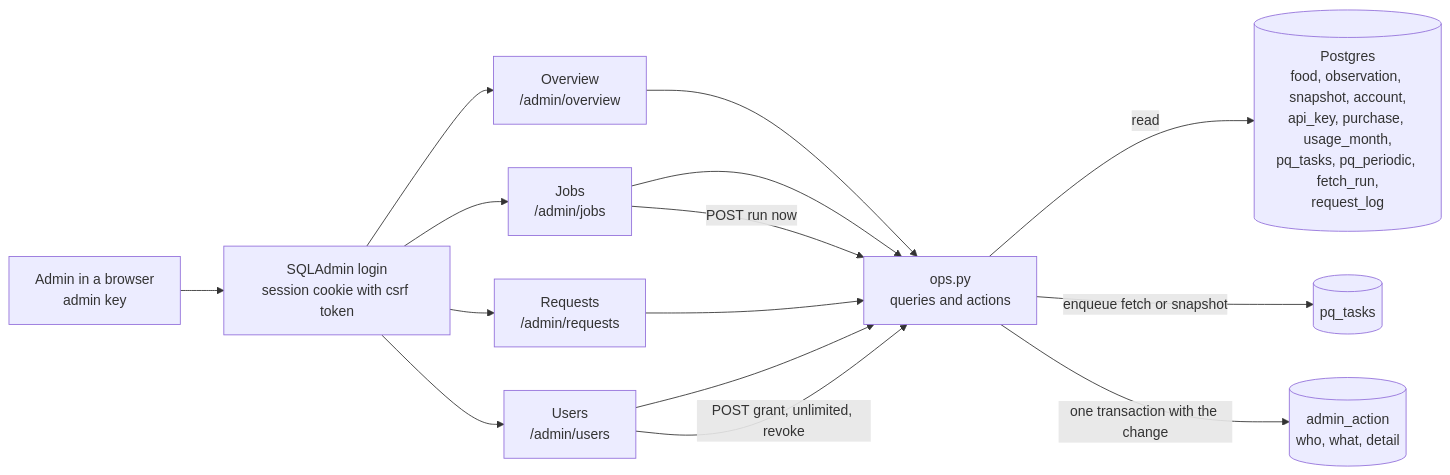
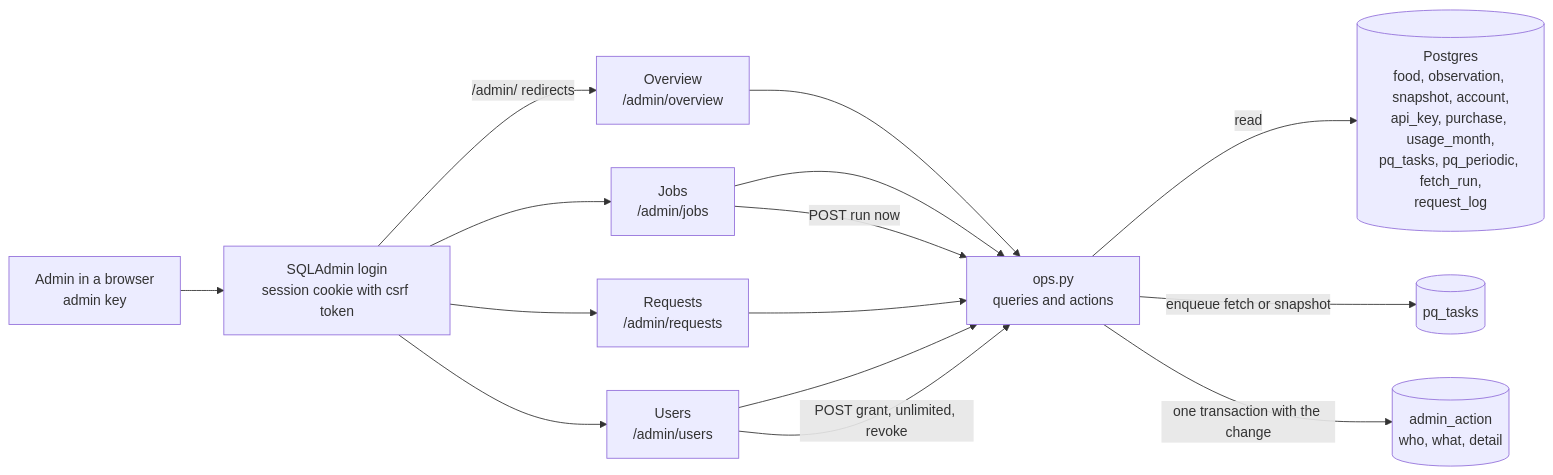
One commit to eait-fit/fooddb changed the fifth of 19 diagrams in docs/architecture.md. Above: the diagram before and after it, drawn with Mermaid. The commit also changed other lines of this file and 18 other files, not shown here.

````diff
--- a/docs/architecture.md
+++ b/docs/architecture.md
@@ -463,17 +464,17 @@
 ```mermaid
 flowchart LR
     browser["Admin in a browser<br/>admin key"] --> login["SQLAdmin login<br/>session cookie with csrf token"]
-    login --> ov["Overview<br/>/admin/overview"]
+    login -->|"/admin/ redirects"| ov["Overview<br/>/admin/overview"]
     login --> jb["Jobs<br/>/admin/jobs"]
     login --> rq["Requests<br/>/admin/requests"]
     login --> us["Users<br/>/admin/users"]
     ov --> ops["ops.py<br/>queries and actions"]
     jb --> ops
     rq --> ops
     us --> ops
     ops -->|"read"| db[("Postgres<br/>food, observation, snapshot, account,<br/>api_key, purchase, usage_month,<br/>pq_tasks, pq_periodic, fetch_run,<br/>request_log")]
     jb -->|"POST run now"| ops
     us -->|"POST grant, unlimited, revoke"| ops
     ops -->|"enqueue fetch or snapshot"| pq[("pq_tasks")]
     ops -->|"one transaction with the change"| act[("admin_action<br/>who, what, detail")]
 ```
````
